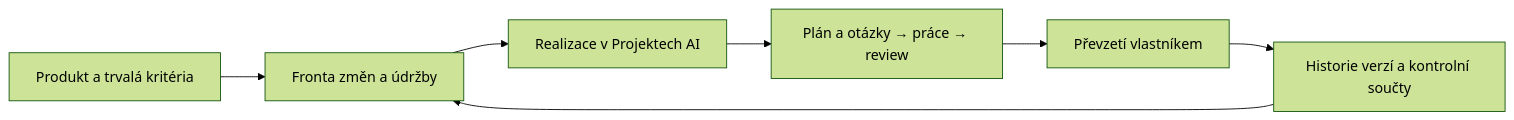
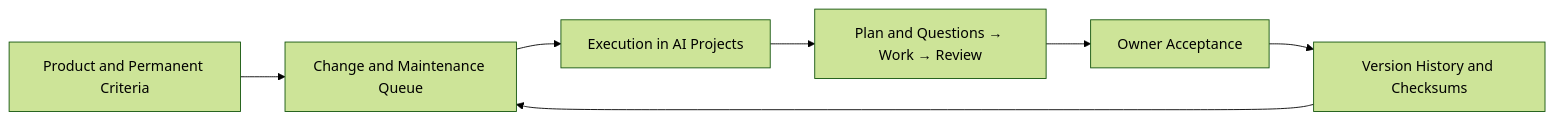
One commit to RulezZzOr/miner changed the diagram in studio/docs/PRODUCT_LIFECYCLE.md. Above: the diagram before and after it, drawn with Mermaid (forest theme). The commit also changed other lines of this file and 55 other files, not shown here.

````diff
--- a/studio/docs/PRODUCT_LIFECYCLE.md
+++ b/studio/docs/PRODUCT_LIFECYCLE.md
@@ -63,9 +35,9 @@
 ```mermaid
 flowchart LR
-  P[Produkt a trvalá kritéria] --> Q[Fronta změn a údržby]
-  Q --> M[Realizace v Projektech AI]
-  M --> B[Plán a otázky → práce → review]
-  B --> A[Převzetí vlastníkem]
-  A --> V[Historie verzí a kontrolní součty]
+  P[Product and Permanent Criteria] --> Q[Change and Maintenance Queue]
+  Q --> M[Execution in AI Projects]
+  M --> B[Plan and Questions → Work → Review]
+  B --> A[Owner Acceptance]
+  A --> V[Version History and Checksums]
   V --> Q
 ```
````
